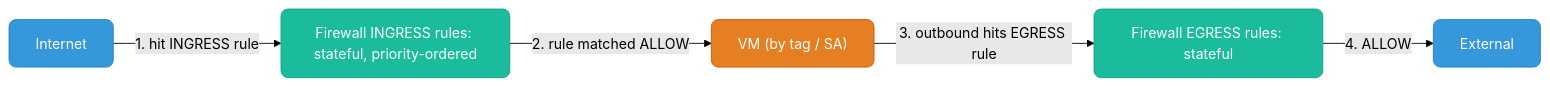
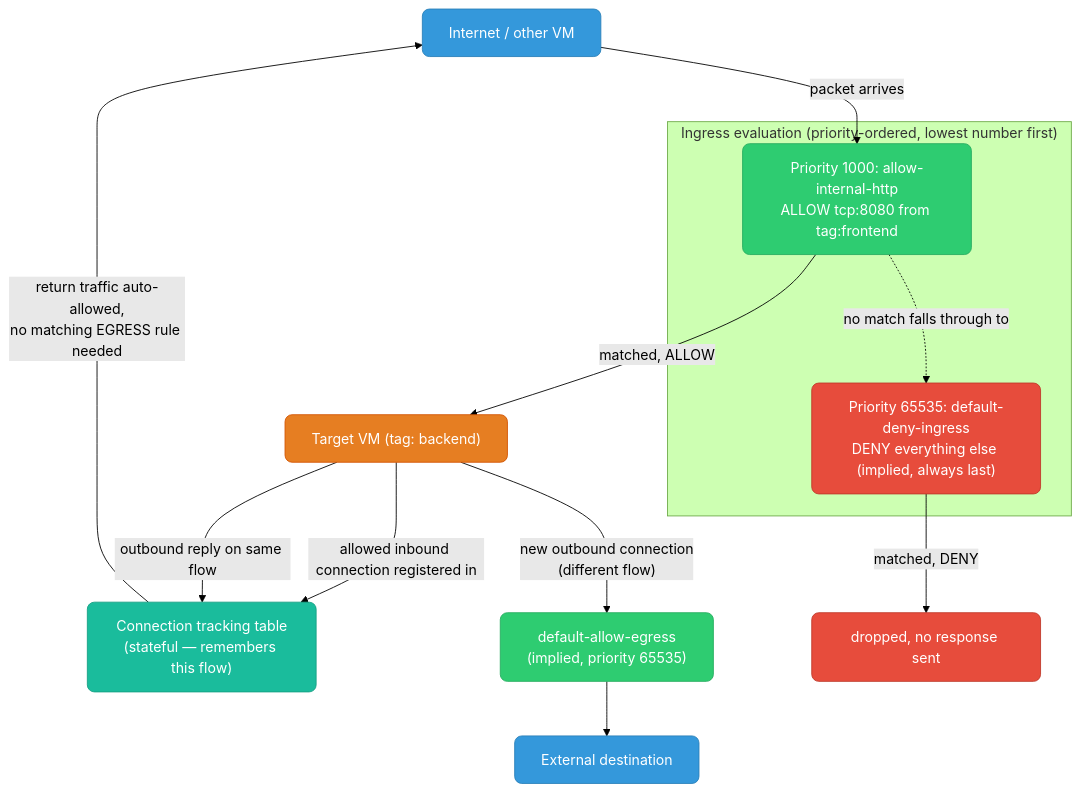
Before and after one commit to deepanshu-rawat6/DevOpsIndex: the third of 9 diagrams in gcp/README.md, drawn with Mermaid (forest theme). The commit also changed other lines of this file and 14 other files, not shown here.

````diff
--- a/gcp/README.md
+++ b/gcp/README.md
@@ -142,21 +209,30 @@
 ```mermaid
-graph LR
+graph TD
     classDef blue fill:#3498db,stroke:#2980b9,color:#fff,rx:8
+    classDef teal fill:#1abc9c,stroke:#16a085,color:#fff,rx:8
+    classDef orange fill:#e67e22,stroke:#d35400,color:#fff,rx:8
+    classDef red fill:#e74c3c,stroke:#c0392b,color:#fff,rx:8
     classDef green fill:#2ecc71,stroke:#27ae60,color:#fff,rx:8
-    classDef red fill:#e74c3c,stroke:#c0392b,color:#fff,rx:8
-    classDef orange fill:#e67e22,stroke:#d35400,color:#fff,rx:8
-    classDef teal fill:#1abc9c,stroke:#16a085,color:#fff,rx:8
-    classDef dark fill:#2c3e50,stroke:#1a252f,color:#fff,rx:8
-    classDef gcp fill:#4285f4,stroke:#2a56c6,color:#fff,rx:8
 
-    INTERNET["Internet"]:::blue
-    FW_INGRESS["Firewall INGRESS rules: stateful, priority-ordered"]:::teal
-    VM_TARGET["VM (by tag / SA)"]:::orange
-    FW_EGRESS["Firewall EGRESS rules: stateful"]:::teal
-    EXT["External"]:::blue
+    INTERNET["Internet / other VM"]:::blue
 
-    INTERNET -->|"1. hit INGRESS rule"| FW_INGRESS
-    FW_INGRESS -->|"2. rule matched ALLOW"| VM_TARGET
-    VM_TARGET -->|"3. outbound hits EGRESS rule"| FW_EGRESS
-    FW_EGRESS -->|"4. ALLOW"| EXT
+    subgraph EVAL["Ingress evaluation (priority-ordered, lowest number first)"]
+        R1["Priority 1000: allow-internal-http<br/>ALLOW tcp:8080 from tag:frontend"]:::green
+        R2["Priority 65535: default-deny-ingress<br/>DENY everything else (implied, always last)"]:::red
+    end
+
+    VM["Target VM (tag: backend)"]:::orange
+    CONNTRACK["Connection tracking table<br/>(stateful — remembers this flow)"]:::teal
+    EGRESS_RULE["default-allow-egress<br/>(implied, priority 65535)"]:::green
+    DEST["External destination"]:::blue
+
+    INTERNET -->|"packet arrives"| R1
+    R1 -->|matched, ALLOW| VM
+    R1 -.->|"no match falls through to"| R2
+    R2 -->|matched, DENY| BLOCKED["dropped, no response sent"]:::red
+    VM -->|allowed inbound connection registered in| CONNTRACK
+    VM -->|"outbound reply on same flow"| CONNTRACK
+    CONNTRACK -->|"return traffic auto-allowed,<br/>no matching EGRESS rule needed"| INTERNET
+    VM -->|"new outbound connection<br/>(different flow)"| EGRESS_RULE
+    EGRESS_RULE --> DEST
 ```
````
